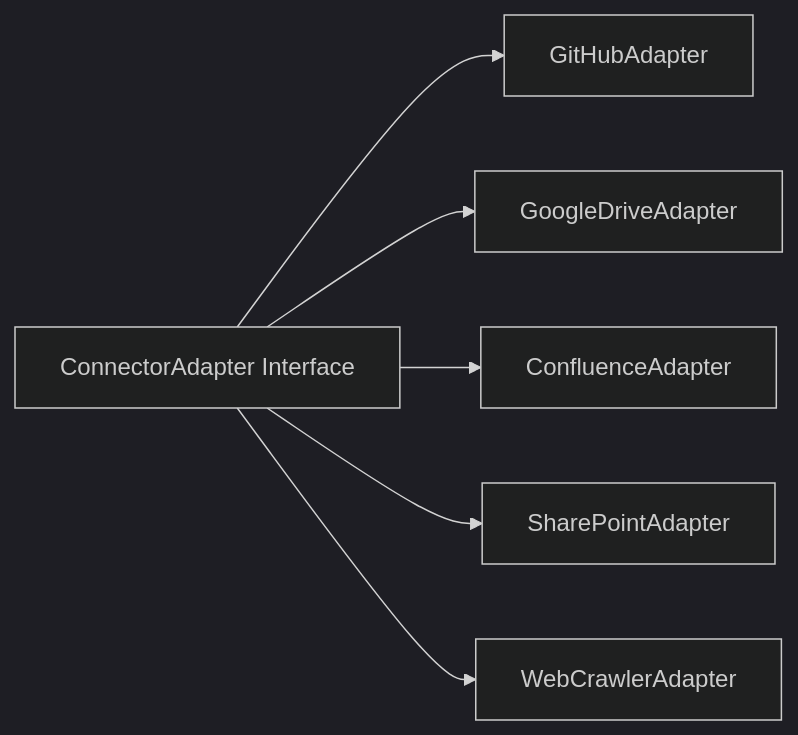
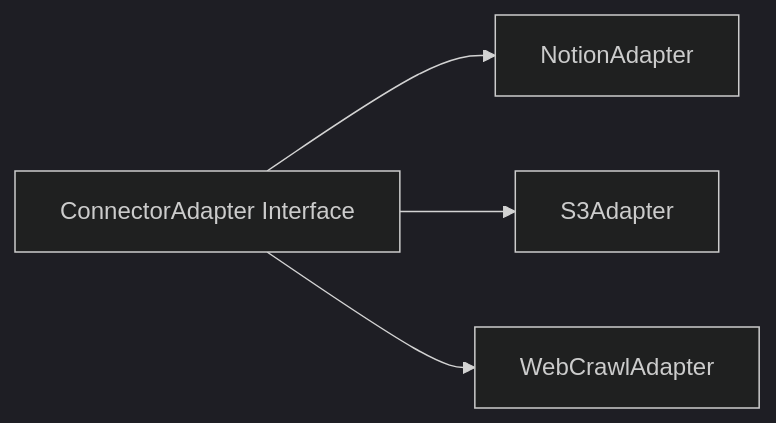
One commit to b-knowledge-solution/b-knowledge changed the second of 3 diagrams in docs/detail-design/supporting/sync-connectors-detail.md. Above: the diagram before and after it, drawn with Mermaid (dark theme). The commit also changed other lines of this file and 83 other files, not shown here.

````diff
--- a/docs/detail-design/supporting/sync-connectors-detail.md
+++ b/docs/detail-design/supporting/sync-connectors-detail.md
@@ -26,8 +26,6 @@
 ```mermaid
 flowchart LR
-    I[ConnectorAdapter Interface] --> G[GitHubAdapter]
-    I --> GD[GoogleDriveAdapter]
-    I --> C[ConfluenceAdapter]
-    I --> S[SharePointAdapter]
-    I --> W[WebCrawlerAdapter]
+    I[ConnectorAdapter Interface] --> N[NotionAdapter]
+    I --> S3[S3Adapter]
+    I --> WC[WebCrawlAdapter]
 ```
````
